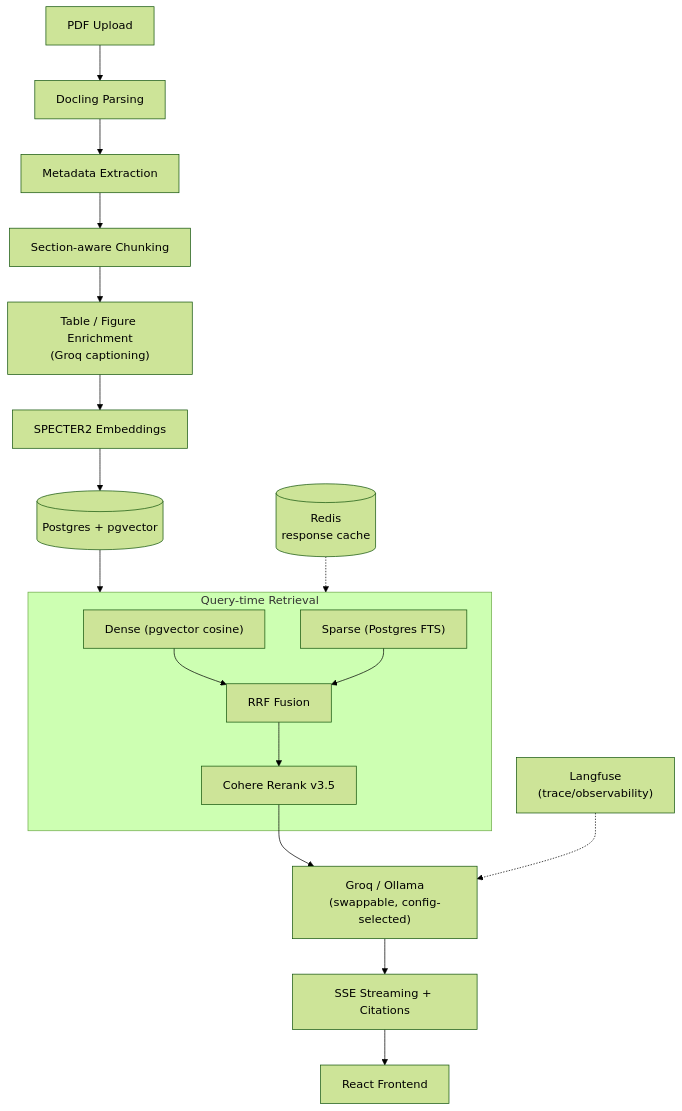
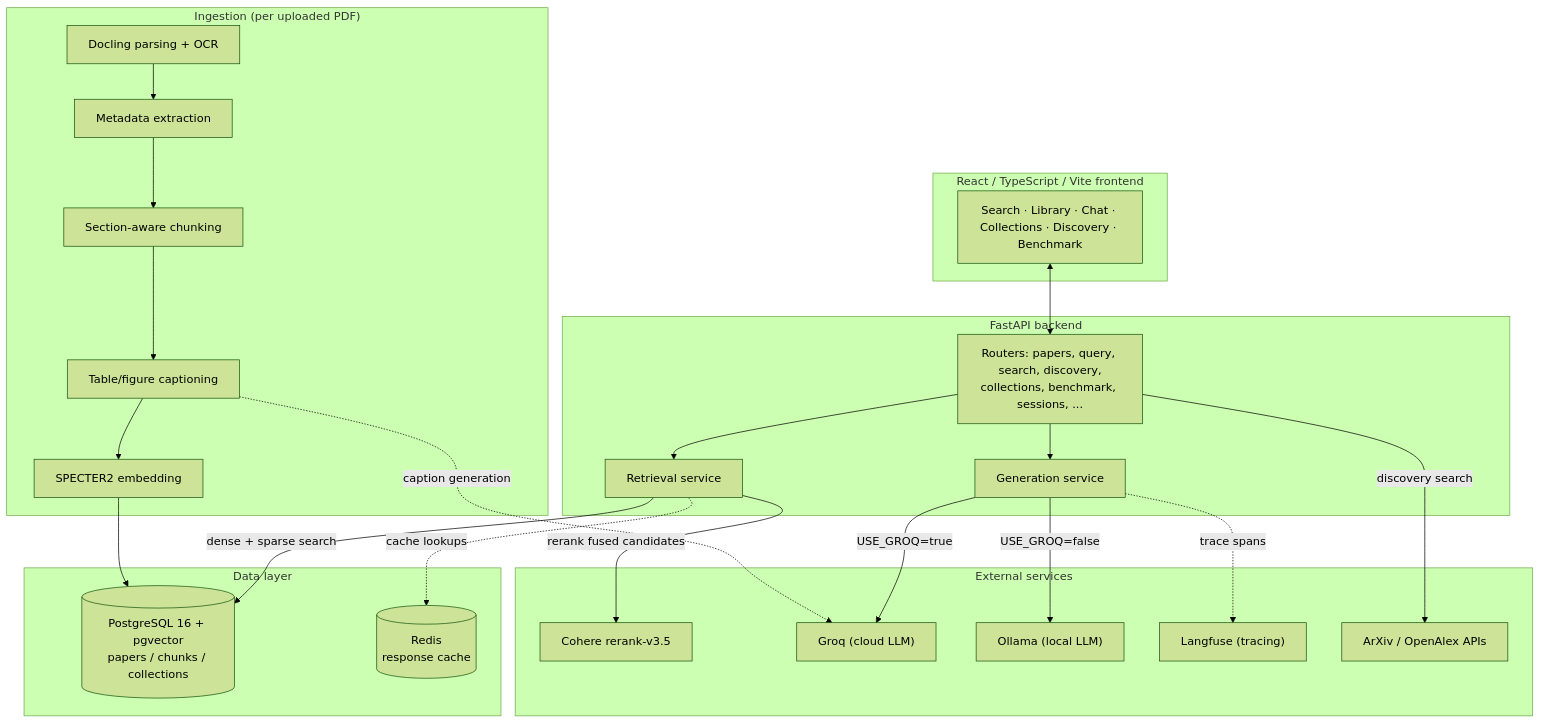
The diagram in README.md (Rupinder51120/Anthology), drawn with Mermaid (forest theme) before and after one commit. The commit also changed other lines of this file, not shown here.

Commit message:
docs: update README with verified architecture and benchmarks

````diff
--- a/README.md
+++ b/README.md
@@ -30,27 +37,47 @@
 ```mermaid
 flowchart TD
-    PDF["PDF Upload"] --> DOCLING["Docling Parsing"]
-    DOCLING --> META["Metadata Extraction"]
-    META --> CHUNK["Section-aware Chunking"]
-    CHUNK --> ENRICH["Table / Figure Enrichment<br/>(Groq captioning)"]
-    ENRICH --> EMBED["SPECTER2 Embeddings"]
-    EMBED --> PG[("Postgres + pgvector")]
-
-    subgraph RETRIEVAL["Query-time Retrieval"]
-        DENSE["Dense (pgvector cosine)"]
-        SPARSE["Sparse (Postgres FTS)"]
-        RRF["RRF Fusion"]
-        RERANK["Cohere Rerank v3.5"]
-        DENSE --> RRF
-        SPARSE --> RRF
-        RRF --> RERANK
+    subgraph CLIENT["React / TypeScript / Vite frontend"]
+        UI["Search · Library · Chat · Collections · Discovery · Benchmark"]
     end
 
-    PG --> RETRIEVAL
-    RERANK --> GEN["Groq / Ollama<br/>(swappable, config-selected)"]
-    GEN --> STREAM["SSE Streaming + Citations"]
-    STREAM --> UI["React Frontend"]
+    subgraph API["FastAPI backend"]
+        ROUTERS["Routers: papers, query, search, discovery,\ncollections, benchmark, sessions, ..."]
+        RETRIEVE["Retrieval service"]
+        GEN["Generation service"]
+    end
 
-    REDIS[("Redis<br/>response cache")] -.-> RETRIEVAL
-    LANGFUSE["Langfuse<br/>(trace/observability)"] -.-> GEN
+    subgraph DATA["Data layer"]
+        PG[("PostgreSQL 16 + pgvector\npapers / chunks / collections")]
+        REDIS[("Redis\nresponse cache")]
+    end
+
+    subgraph EXTERNAL["External services"]
+        COHERE["Cohere rerank-v3.5"]
+        GROQ["Groq (cloud LLM)"]
+        OLLAMA["Ollama (local LLM)"]
+        LANGFUSE["Langfuse (tracing)"]
+        ARXIV["ArXiv / OpenAlex APIs"]
+    end
+
+    subgraph INGEST["Ingestion (per uploaded PDF)"]
+        PARSE["Docling parsing + OCR"]
+        META["Metadata extraction"]
+        CHUNK["Section-aware chunking"]
+        ENRICH["Table/figure captioning"]
+        EMBED["SPECTER2 embedding"]
+    end
+
+    UI <--> ROUTERS
+    ROUTERS --> RETRIEVE
+    ROUTERS --> GEN
+    RETRIEVE -->|dense + sparse search| PG
+    RETRIEVE -->|rerank fused candidates| COHERE
+    RETRIEVE -.->|cache lookups| REDIS
+    GEN -->|USE_GROQ=true| GROQ
+    GEN -->|USE_GROQ=false| OLLAMA
+    GEN -.->|trace spans| LANGFUSE
+    ROUTERS -->|discovery search| ARXIV
+
+    PARSE --> META --> CHUNK --> ENRICH --> EMBED --> PG
+    ENRICH -.->|caption generation| GROQ
 ```
````
